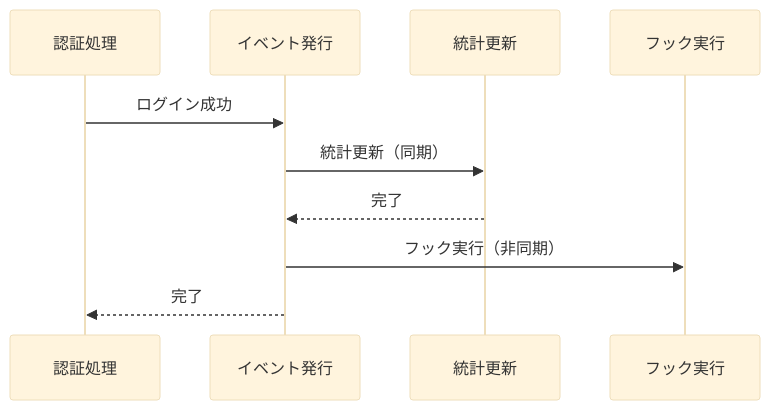
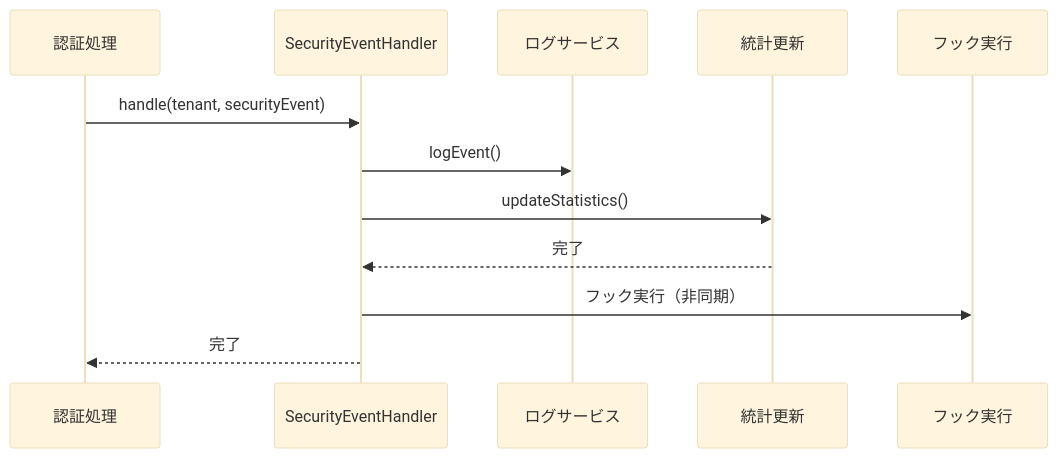
One commit to hirokazu-kobayashi-koba-hiro/idp-server changed the third of 6 diagrams in documentation/docs/content_03_concepts/concept-22-tenant-statistics.md. Above: the diagram before and after it, drawn with Mermaid (base theme). The commit also changed other lines of this file and 30 other files, not shown here.

````diff
--- a/documentation/docs/content_03_concepts/concept-22-tenant-statistics.md
+++ b/documentation/docs/content_03_concepts/concept-22-tenant-statistics.md
@@ -112,13 +157,15 @@
 ```mermaid
 sequenceDiagram
     participant Auth as 認証処理
-    participant Event as イベント発行
+    participant Handler as SecurityEventHandler
+    participant Log as ログサービス
     participant Stats as 統計更新
     participant Hook as フック実行
 
-    Auth->>Event: ログイン成功
-    Event->>Stats: 統計更新（同期）
-    Stats-->>Event: 完了
-    Event->>Hook: フック実行（非同期）
-    Event-->>Auth: 完了
+    Auth->>Handler: handle(tenant, securityEvent)
+    Handler->>Log: logEvent()
+    Handler->>Stats: updateStatistics()
+    Stats-->>Handler: 完了
+    Handler->>Hook: フック実行（非同期）
+    Handler-->>Auth: 完了
 ```
````
